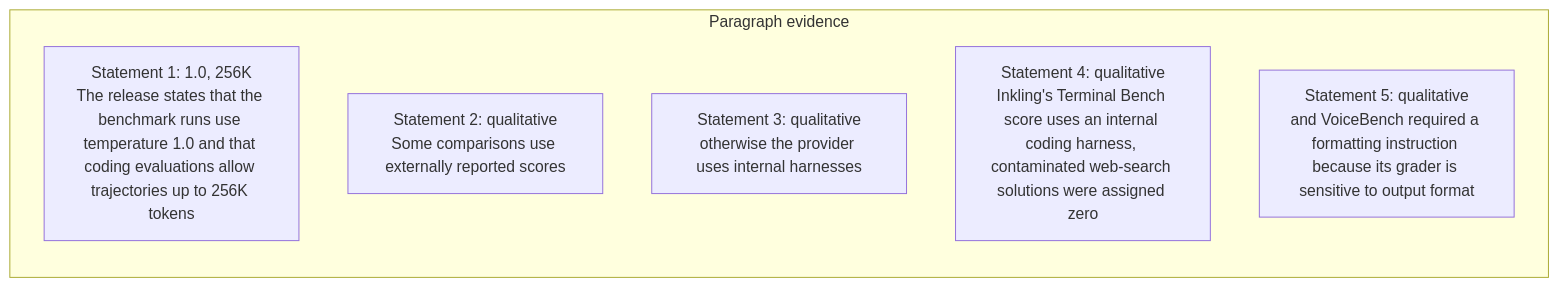
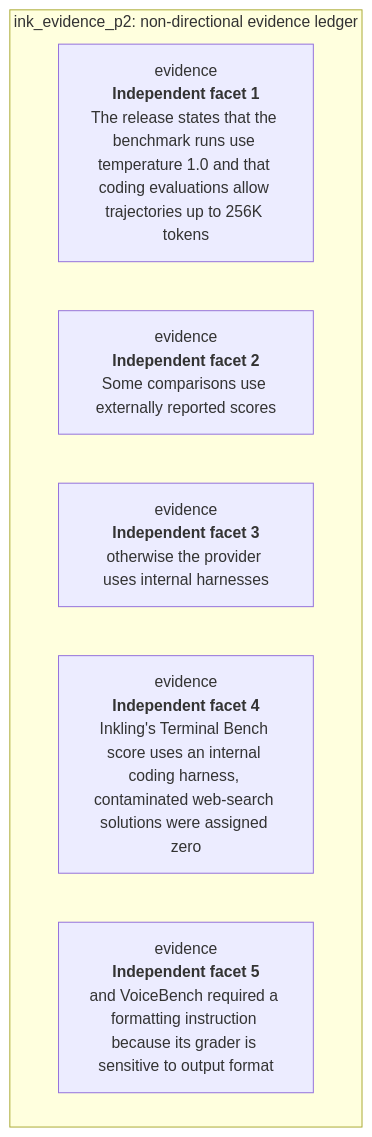
One commit to Betancourt1/paper_atlas changed diagram 32 of 57 in docs/visual-manifests/VISUAL_MANIFEST_INKLING.md. Above: the diagram before and after it, drawn with Mermaid. The commit also changed other lines of this file and 7 other files, not shown here.

````diff
--- a/docs/visual-manifests/VISUAL_MANIFEST_INKLING.md
+++ b/docs/visual-manifests/VISUAL_MANIFEST_INKLING.md
@@ -2582,10 +2601,10 @@
 ```mermaid
-flowchart LR
-  subgraph p1["Paragraph evidence"]
-    p1r1["Statement 1: 1.0, 256K<br/>The release states that the benchmark runs use temperature 1.0 and that coding evaluations allow trajectories up to 256K tokens"]
-    p1r2["Statement 2: qualitative<br/>Some comparisons use externally reported scores"]
-    p1r3["Statement 3: qualitative<br/>otherwise the provider uses internal harnesses"]
-    p1r4["Statement 4: qualitative<br/>Inkling's Terminal Bench score uses an internal coding harness, contaminated web-search solutions were assigned zero"]
-    p1r5["Statement 5: qualitative<br/>and VoiceBench required a formatting instruction because its grader is sensitive to output format"]
+flowchart TB
+  subgraph Ledger["ink_evidence_p2: non-directional evidence ledger"]
+    r1["evidence<br/><b>Independent facet 1</b><br/>The release states that the benchmark runs use temperature 1.0 and that coding evaluations allow trajectories up to 256K tokens"]
+    r2["evidence<br/><b>Independent facet 2</b><br/>Some comparisons use externally reported scores"]
+    r3["evidence<br/><b>Independent facet 3</b><br/>otherwise the provider uses internal harnesses"]
+    r4["evidence<br/><b>Independent facet 4</b><br/>Inkling's Terminal Bench score uses an internal coding harness, contaminated web-search solutions were assigned zero"]
+    r5["evidence<br/><b>Independent facet 5</b><br/>and VoiceBench required a formatting instruction because its grader is sensitive to output format"]
   end
 ```
````
